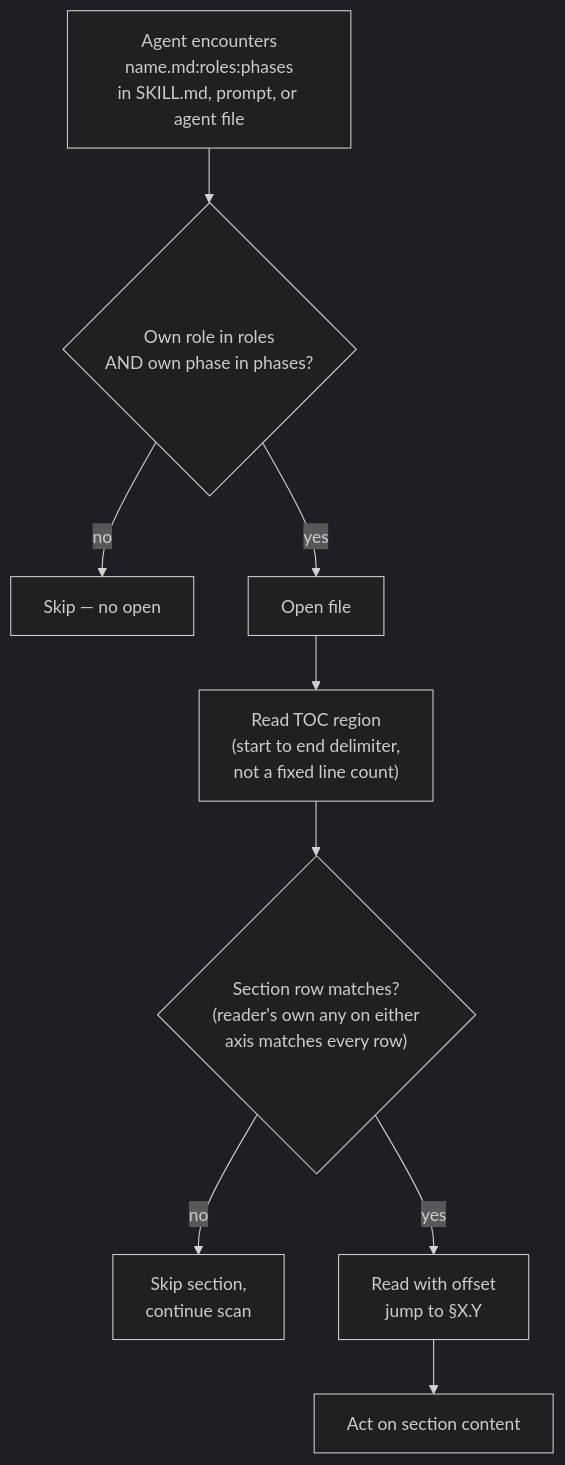
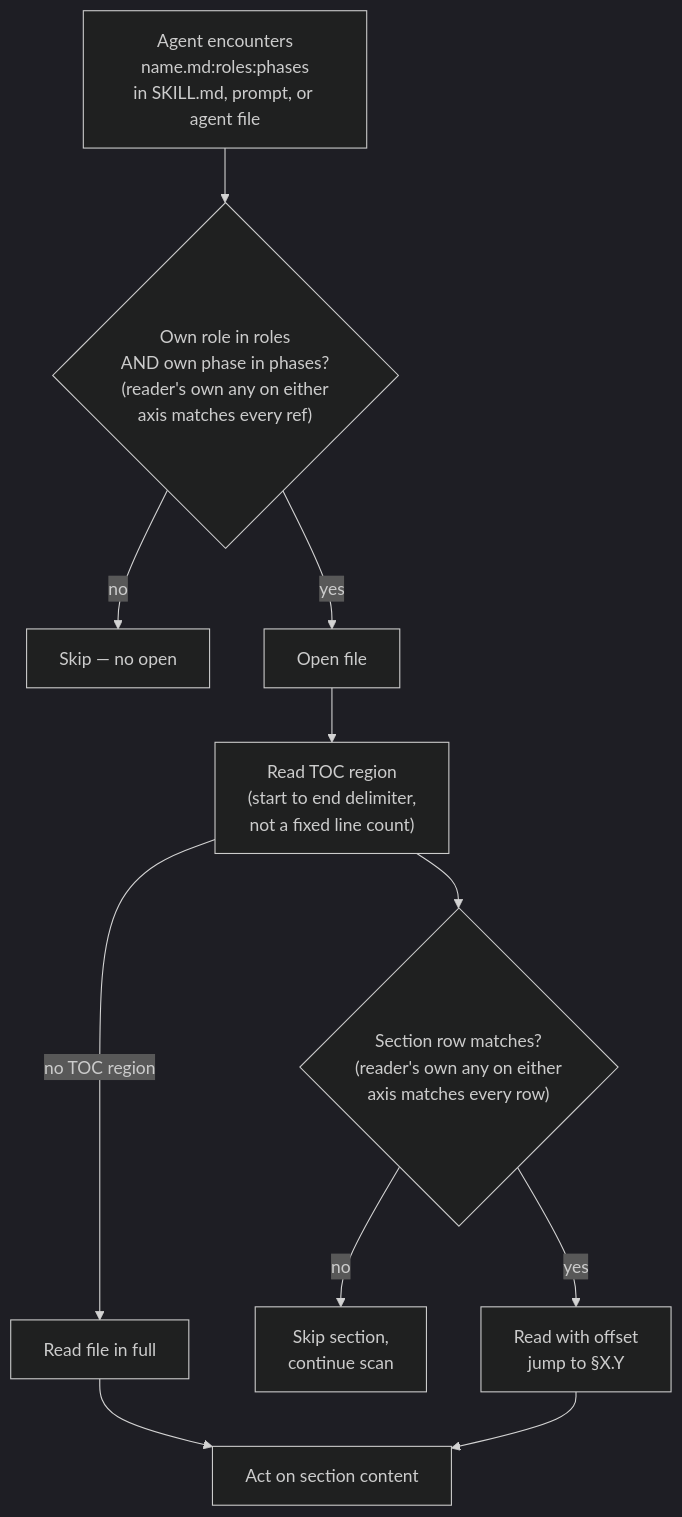
One commit to JetBrains/youtrackdb changed the diagram in docs/adr/ytdb-1023-workflow-toc/_workflow/staged-workflow/.claude/workflow/conventions.md. Above: the diagram before and after it, drawn with Mermaid (dark theme). The commit also changed other lines of this file and 38 other files, not shown here.

````diff
--- a/docs/adr/ytdb-1023-workflow-toc/_workflow/staged-workflow/.claude/workflow/conventions.md
+++ b/docs/adr/ytdb-1023-workflow-toc/_workflow/staged-workflow/.claude/workflow/conventions.md
@@ -1439,21 +1441,24 @@
 ```mermaid
 flowchart TD
     READ_REF["Agent encounters<br/>name.md:roles:phases<br/>in SKILL.md, prompt, or agent file"]
-    MATCH{"Own role in roles<br/>AND own phase in phases?"}
+    MATCH{"Own role in roles<br/>AND own phase in phases?<br/>(reader's own any on either<br/>axis matches every ref)"}
     SKIP["Skip — no open"]
     OPEN["Open file"]
     READ_TOC["Read TOC region<br/>(start to end delimiter,<br/>not a fixed line count)"]
+    READ_FULL["Read file in full"]
     SECTION_MATCH{"Section row matches?<br/>(reader's own any on either<br/>axis matches every row)"}
     SKIP_SECTION["Skip section,<br/>continue scan"]
     JUMP["Read with offset<br/>jump to §X.Y"]
     DONE["Act on section content"]
 
     READ_REF --> MATCH
     MATCH -->|no| SKIP
     MATCH -->|yes| OPEN
     OPEN --> READ_TOC
+    READ_TOC -->|no TOC region| READ_FULL
     READ_TOC --> SECTION_MATCH
+    READ_FULL --> DONE
     SECTION_MATCH -->|no| SKIP_SECTION
     SECTION_MATCH -->|yes| JUMP
     JUMP --> DONE
 ```
````
